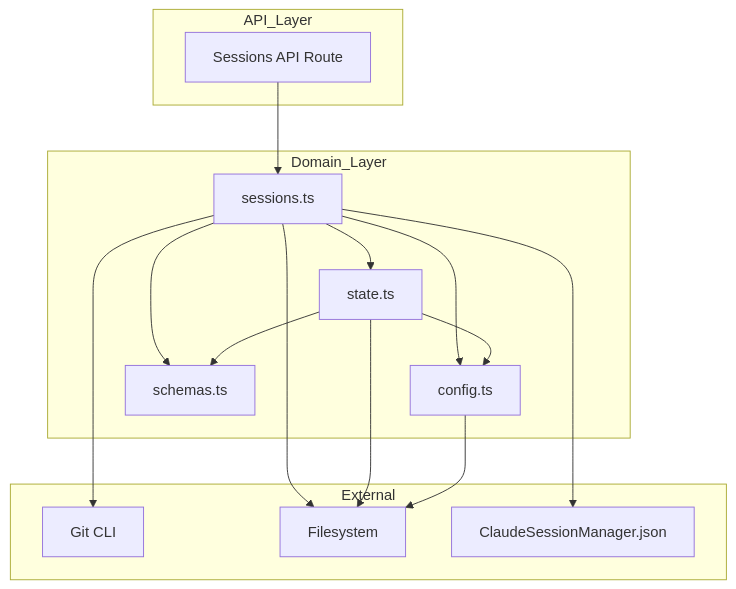
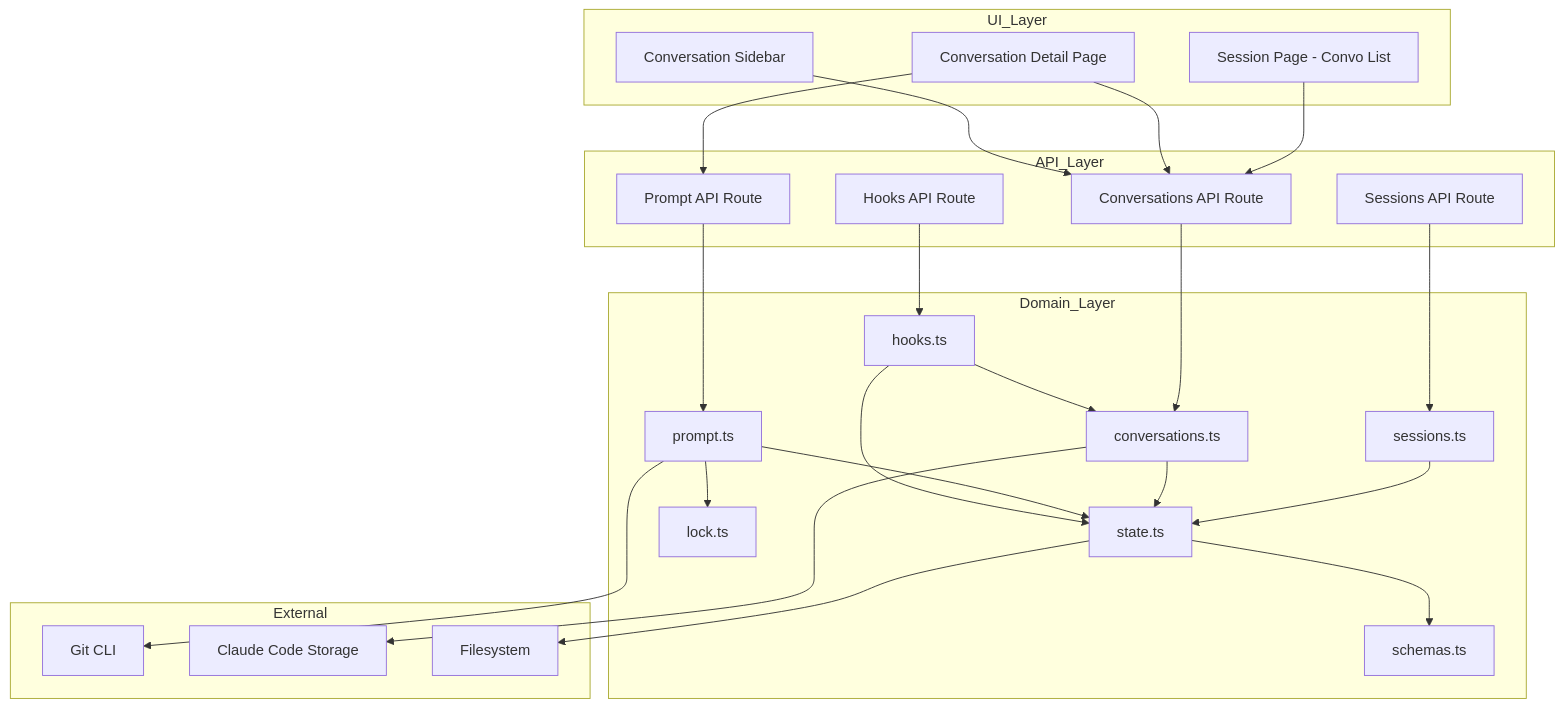
One commit to amhuppert/remote-ai-manager changed the first of 5 diagrams in .kiro/specs/session-lifecycle/design.md. Above: the diagram before and after it, drawn with Mermaid. The commit also changed other lines of this file and 38 other files, not shown here.

Commit message:
Multi conversation sessions

````diff
--- a/.kiro/specs/session-lifecycle/design.md
+++ b/.kiro/specs/session-lifecycle/design.md
@@ -45,31 +49,51 @@
 ```mermaid
 graph TB
     subgraph API_Layer
         SessionsRoute[Sessions API Route]
+        ConvoRoute[Conversations API Route]
+        PromptRoute[Prompt API Route]
+        HooksRoute[Hooks API Route]
     end
 
     subgraph Domain_Layer
         Sessions[sessions.ts]
+        Conversations[conversations.ts]
+        Prompt[prompt.ts]
+        Hooks[hooks.ts]
         State[state.ts]
-        Config[config.ts]
         Schemas[schemas.ts]
+        Lock[lock.ts]
     end
 
     subgraph External
         GitCLI[Git CLI]
+        ClaudeDir[Claude Code Storage]
         FileSystem[Filesystem]
-        RepoConfig[ClaudeSessionManager.json]
+    end
+
+    subgraph UI_Layer
+        SessionPage[Session Page - Convo List]
+        ConvoDetail[Conversation Detail Page]
+        ConvoSidebar[Conversation Sidebar]
     end
 
     SessionsRoute --> Sessions
+    ConvoRoute --> Conversations
+    PromptRoute --> Prompt
+    HooksRoute --> Hooks
     Sessions --> State
-    Sessions --> Config
-    Sessions --> GitCLI
-    Sessions --> FileSystem
-    Sessions --> RepoConfig
+    Conversations --> State
+    Conversations --> ClaudeDir
+    Prompt --> State
+    Prompt --> Lock
+    Prompt --> GitCLI
+    Hooks --> State
+    Hooks --> Conversations
+    State --> Schemas
     State --> FileSystem
-    State --> Config
-    Config --> FileSystem
-    Sessions --> Schemas
-    State --> Schemas
+
+    SessionPage --> ConvoRoute
+    ConvoDetail --> PromptRoute
+    ConvoDetail --> ConvoRoute
+    ConvoSidebar --> ConvoRoute
 ```
````
